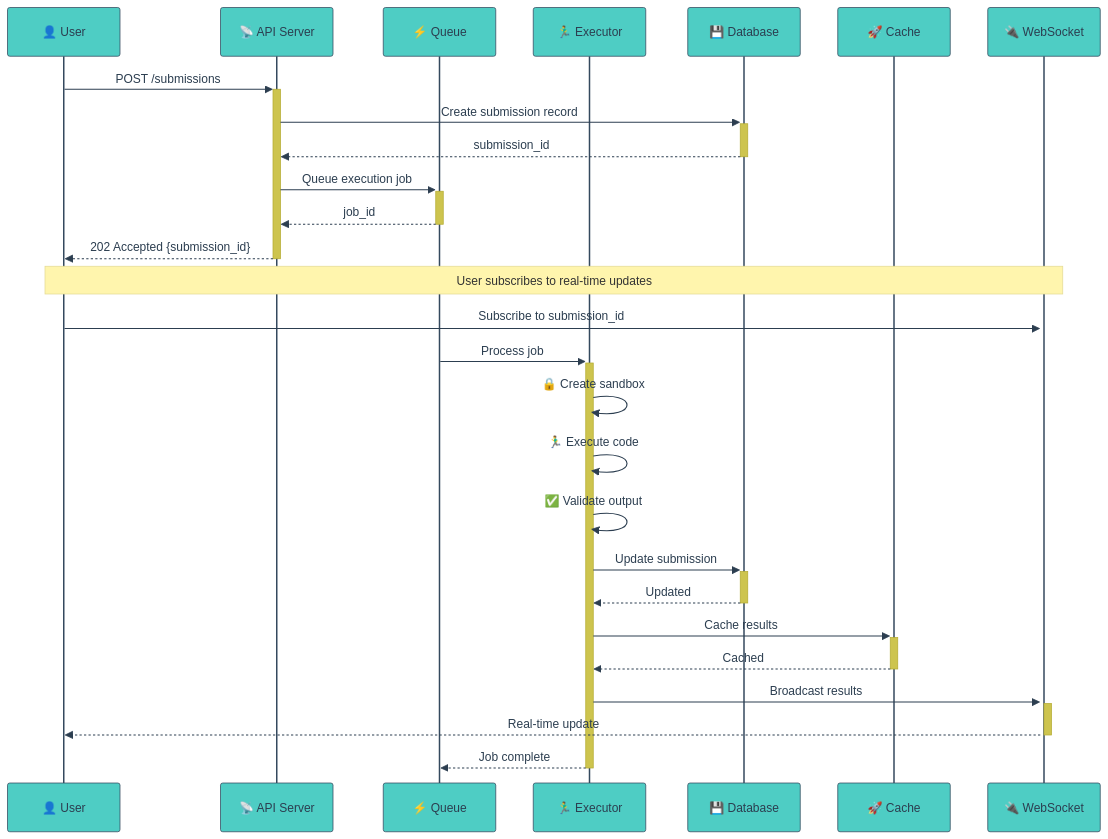
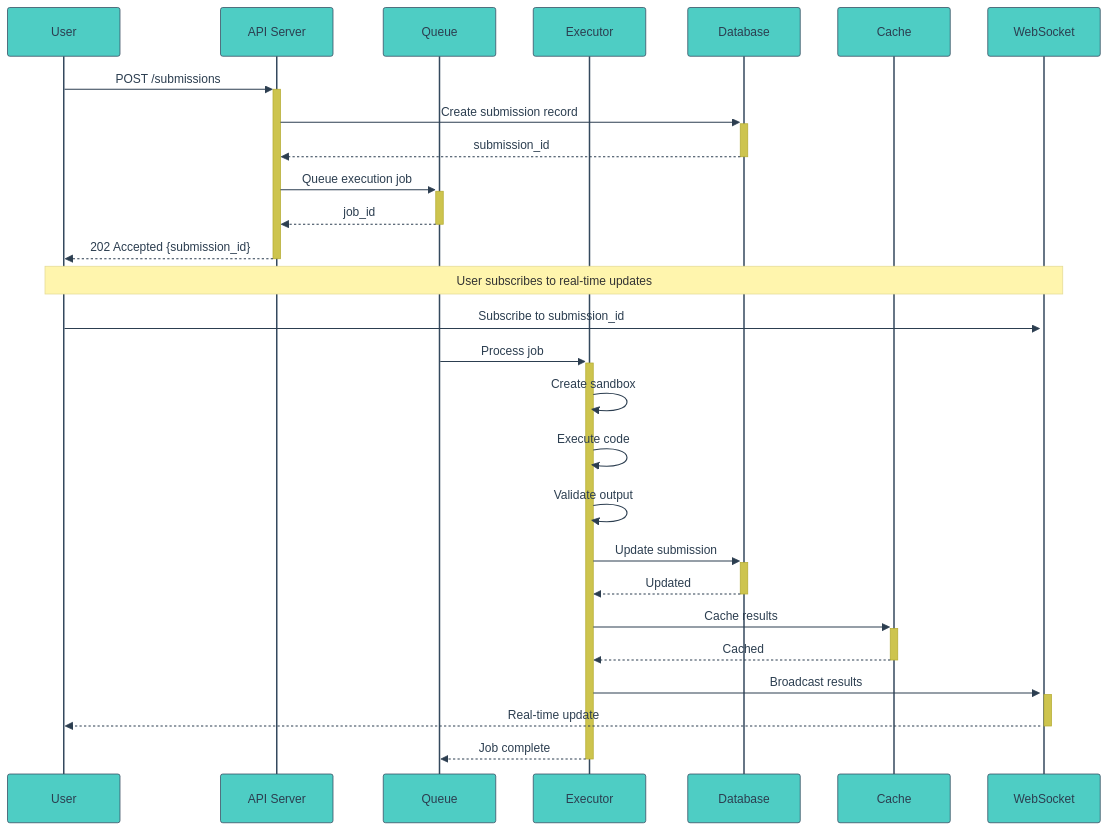
One commit to hemanth1999k/Product-Architecture changed the fourth of 6 diagrams in Design Leetcode Platform.md. Above: the diagram before and after it, drawn with Mermaid. The commit also changed other lines of this file, not shown here.

````diff
--- a/Design Leetcode Platform.md
+++ b/Design Leetcode Platform.md
@@ -249,33 +249,33 @@
 ```mermaid
 %%{init: {'theme':'base', 'themeVariables': {'primaryColor': '#4ecdc4', 'primaryTextColor': '#2c3e50', 'primaryBorderColor': '#34495e', 'lineColor': '#34495e', 'fontFamily': 'Virgil, Segoe UI Emoji'}}}%%
 sequenceDiagram
-    participant U as 👤 User
-    participant API as 📡 API Server
-    participant Q as ⚡ Queue
-    participant EX as 🏃‍♂️ Executor
-    participant DB as 💾 Database
-    participant C as 🚀 Cache
-    participant WS as 🔌 WebSocket
+    participant U as User
+    participant API as API Server
+    participant Q as Queue
+    participant EX as Executor
+    participant DB as Database
+    participant C as Cache
+    participant WS as WebSocket
     
     U->>+API: POST /submissions
     API->>+DB: Create submission record
     DB-->>-API: submission_id
     API->>+Q: Queue execution job
     Q-->>-API: job_id
     API-->>-U: 202 Accepted {submission_id}
     
     Note over U,WS: User subscribes to real-time updates
     U->>+WS: Subscribe to submission_id
     
     Q->>+EX: Process job
-    EX->>EX: 🔒 Create sandbox
-    EX->>EX: 🏃‍♂️ Execute code
-    EX->>EX: ✅ Validate output
+    EX->>EX: Create sandbox
+    EX->>EX: Execute code
+    EX->>EX: Validate output
     EX->>+DB: Update submission
     DB-->>-EX: Updated
     EX->>+C: Cache results
     C-->>-EX: Cached
     EX->>+WS: Broadcast results
     WS-->>-U: Real-time update
     EX-->>-Q: Job complete
 ```
````
